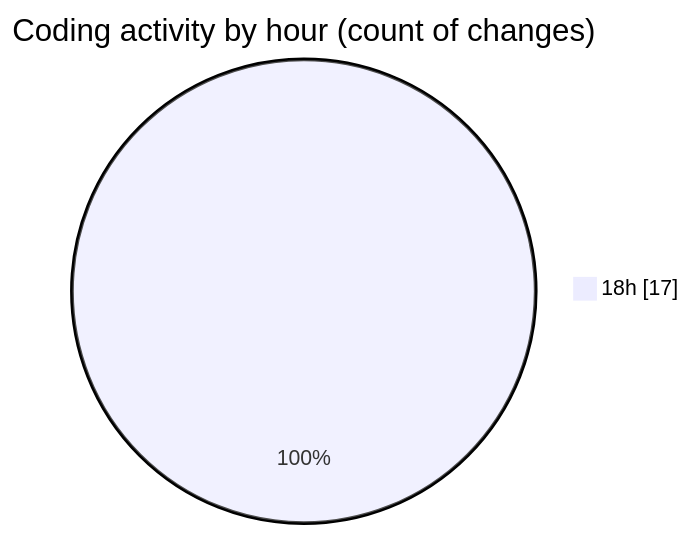
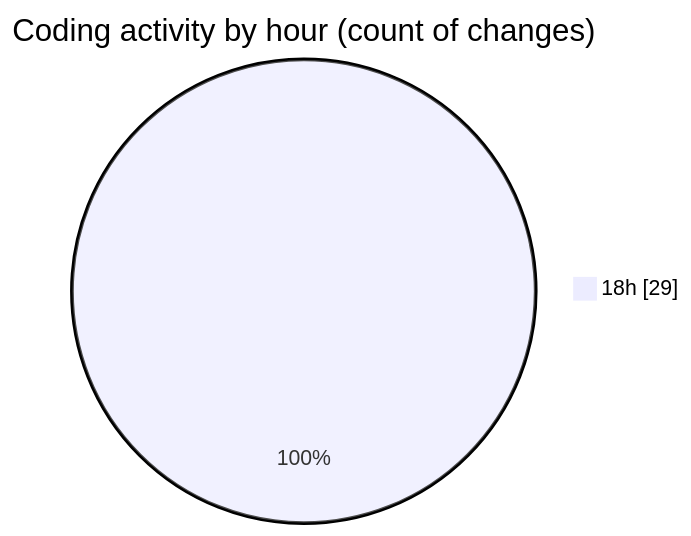
Before and after one commit to hasnaa123/code-tracking: the second of 2 diagrams in 2025-12-28/java_basics/README.md, drawn with Mermaid. The commit also changed other lines of this file and 1 other file, not shown here.

````diff
--- a/2025-12-28/java_basics/README.md
+++ b/2025-12-28/java_basics/README.md
@@ -28,5 +28,5 @@
 ```mermaid
 pie showData
 title Coding activity by hour (count of changes)
-"18h" : 17
+"18h" : 29
 ```
````
